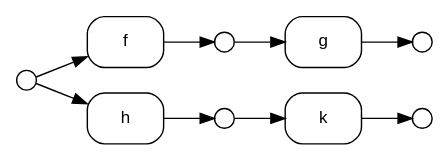
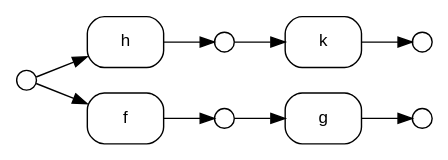
One commit to ammatsui/bhypvis changed the diagram in example_pushout_result.dot. Above: the diagram before and after it, drawn with Graphviz. The commit also changed 293 other files, not shown here.

```diff
--- a/example_pushout_result.dot
+++ b/example_pushout_result.dot
@@ -1,32 +1,32 @@
 digraph G {
   fontname="Helvetica"
   fontsize=12
   rankdir=LR;
   node [fontname="Helvetica", fontsize=12];
   edge [fontname="Helvetica", fontsize=12];
 
   // Nodes
+  n2 [label="", shape=circle, style=filled, fillcolor=white, color="black", width=0.2, height=0.2, fixedsize=true];
+  n0 [label="", shape=circle, style=filled, fillcolor=white, color="black", width=0.2, height=0.2, fixedsize=true];
+  n3 [label="", shape=circle, style=filled, fillcolor=white, color="black", width=0.2, height=0.2, fixedsize=true];
   n4 [label="", shape=circle, style=filled, fillcolor=white, color="black", width=0.2, height=0.2, fixedsize=true];
-  n0 [label="", shape=circle, style=filled, fillcolor=white, color="black", width=0.2, height=0.2, fixedsize=true];
-  n2 [label="", shape=circle, style=filled, fillcolor=white, color="black", width=0.2, height=0.2, fixedsize=true];
   n1 [label="", shape=circle, style=filled, fillcolor=white, color="black", width=0.2, height=0.2, fixedsize=true];
-  n3 [label="", shape=circle, style=filled, fillcolor=white, color="black", width=0.2, height=0.2, fixedsize=true];
 
   // Hyperedges
-  e0 [label="g", shape=box, style=rounded, color="black"];
-  e1 [label="f", shape=box, style=rounded, color="black"];
   e3 [label="k", shape=box, style=rounded, color="black"];
   e2 [label="h", shape=box, style=rounded, color="black"];
+  e0 [label="f", shape=box, style=rounded, color="black"];
+  e1 [label="g", shape=box, style=rounded, color="black"];
 
   // Source connections
-  n2 -> e0 [label=""];
-  n0 -> e1 [label=""];
   n3 -> e3 [label=""];
   n0 -> e2 [label=""];
+  n0 -> e0 [label=""];
+  n1 -> e1 [label=""];
 
   // Target connections
+  e3 -> n4 [label=""];
+  e2 -> n3 [label=""];
   e0 -> n1 [label=""];
   e1 -> n2 [label=""];
-  e3 -> n4 [label=""];
-  e2 -> n3 [label=""];
 }
```
